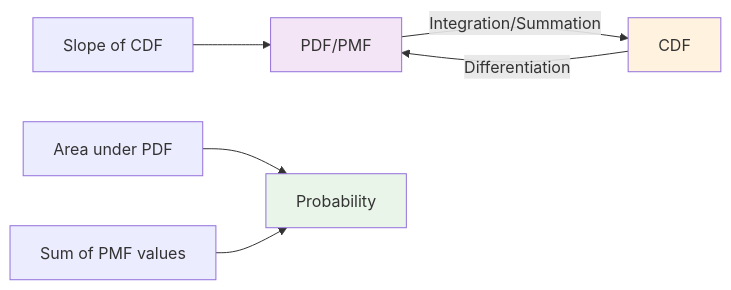
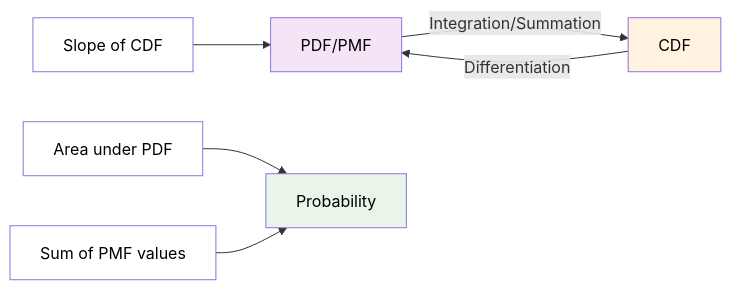
Before and after one commit to siddharthkumarrai/Statics: the tenth of 10 diagrams in Advanced_statistics.md, drawn with Mermaid. The commit also changed other lines of this file, not shown here.

````diff
--- a/Advanced_statistics.md
+++ b/Advanced_statistics.md
@@ -364,14 +405,17 @@
 ```mermaid
 graph LR
     A[PDF/PMF] -->|Integration/Summation| B[CDF]
     B -->|Differentiation| A
     
     C[Area under PDF] --> D[Probability]
     E[Sum of PMF values] --> D
     
     F[Slope of CDF] --> A
     
-    style A fill:#f3e5f5
-    style B fill:#fff3e0
-    style D fill:#e8f5e8
+    style A fill:#f3e5f5,color:#000
+    style B fill:#fff3e0,color:#000
+    style C fill:#fff,color:#000
+    style D fill:#e8f5e8,color:#000
+    style E fill:#fff,color:#000
+    style F fill:#fff,color:#000
 ```
````
